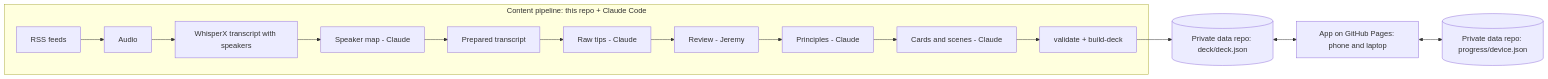
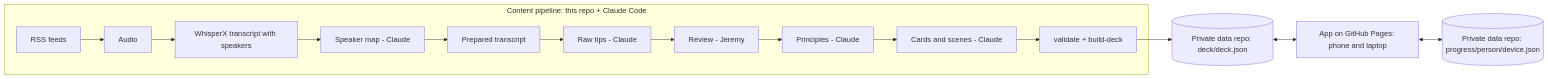
Before and after one commit to jeremys-apps/pickleball-iq: the diagram in docs/PRD.md, drawn with Mermaid. The commit also changed other lines of this file and 19 other files, not shown here.

````diff
--- a/docs/PRD.md
+++ b/docs/PRD.md
@@ -120,17 +124,17 @@
 ```mermaid
 flowchart LR
   subgraph Pipeline [Content pipeline: this repo + Claude Code]
     A[RSS feeds] --> B[Audio]
     B --> C[WhisperX transcript with speakers]
     C --> D[Speaker map - Claude]
     D --> E[Prepared transcript]
     E --> F[Raw tips - Claude]
     F --> G[Review - Jeremy]
     G --> H[Principles - Claude]
     H --> I[Cards and scenes - Claude]
     I --> J[validate + build-deck]
   end
   J --> K[(Private data repo: deck/deck.json)]
   K <--> L[App on GitHub Pages: phone and laptop]
-  L <--> M[(Private data repo: progress/device.json)]
+  L <--> M[(Private data repo: progress/person/device.json)]
 ```
````
